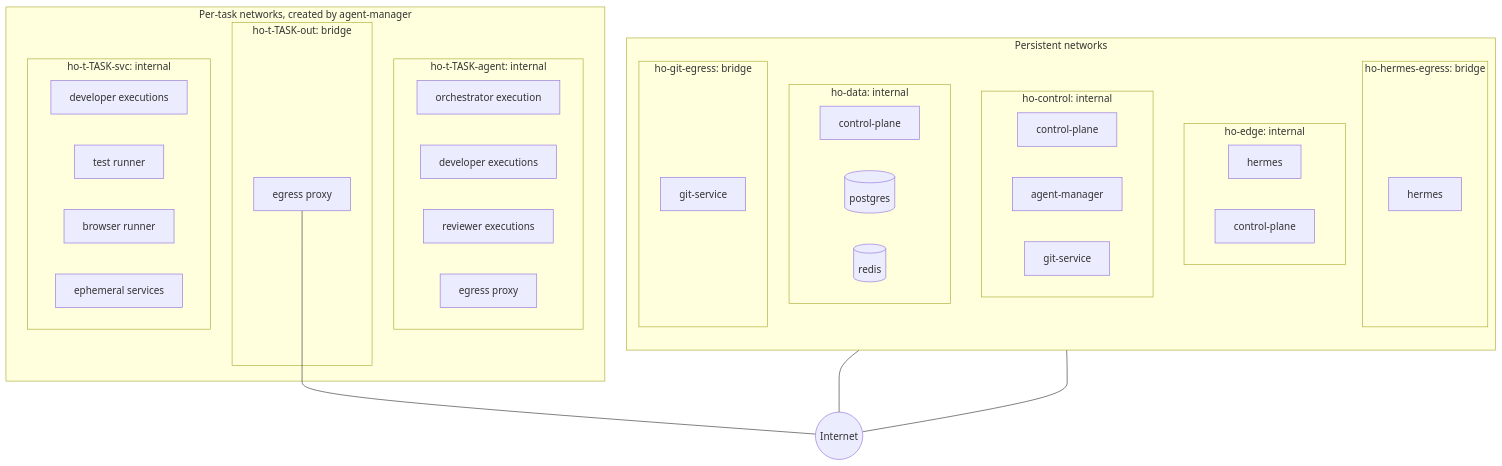
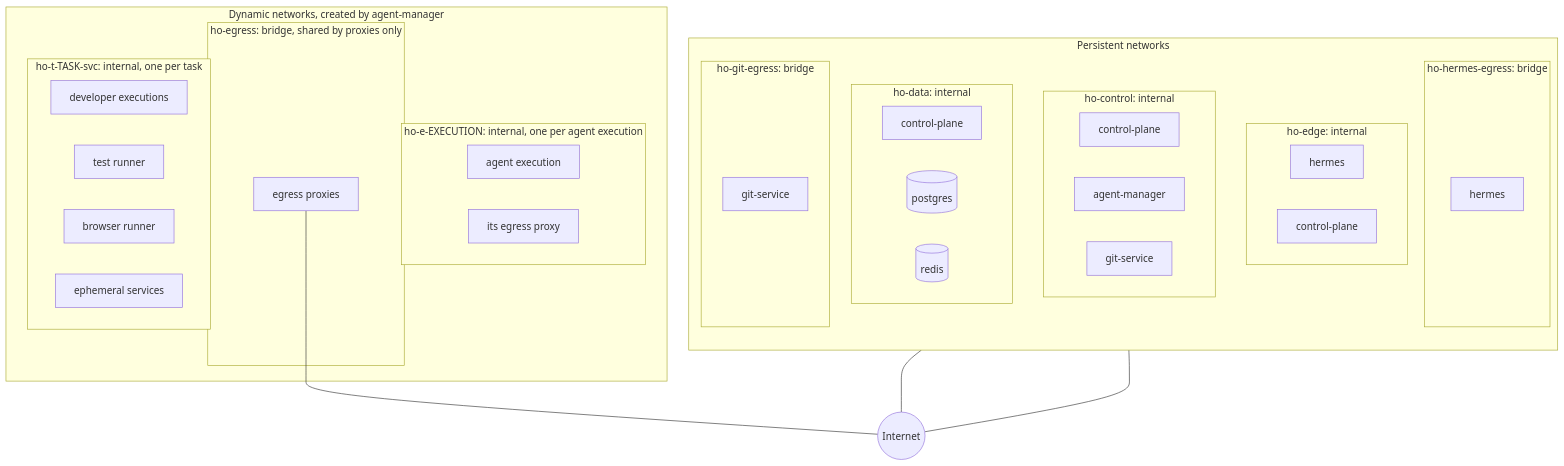
Before and after one commit to geparedesm/hermes-orchestrator: the diagram in NETWORK_MODEL.md, drawn with Mermaid. The commit also changed other lines of this file and 51 other files, not shown here.

First line of the commit message:
[feat] Implement phase three agent manager

````diff
--- a/NETWORK_MODEL.md
+++ b/NETWORK_MODEL.md
@@ -18,47 +18,45 @@
 ```mermaid
 flowchart TB
     INET((Internet))
     subgraph Persistent[Persistent networks]
         direction TB
         subgraph hermes_egress[ho-hermes-egress: bridge]
             H[hermes]
         end
         subgraph edge[ho-edge: internal]
             H2[hermes]
             CP1[control-plane]
         end
         subgraph control[ho-control: internal]
             CP2[control-plane]
             AM[agent-manager]
             GS1[git-service]
         end
         subgraph data[ho-data: internal]
             CP3[control-plane]
             PG[(postgres)]
             RD[(redis)]
         end
         subgraph git_egress[ho-git-egress: bridge]
             GS2[git-service]
         end
     end
-    subgraph Task[Per-task networks, created by agent-manager]
-        subgraph agent[ho-t-TASK-agent: internal]
-            OR[orchestrator execution]
-            DEV[developer executions]
-            REV[reviewer executions]
-            PX1[egress proxy]
+    subgraph Dynamic[Dynamic networks, created by agent-manager]
+        subgraph agent[ho-e-EXECUTION: internal, one per agent execution]
+            DEV[agent execution]
+            PX1[its egress proxy]
         end
-        subgraph proxy_out[ho-t-TASK-out: bridge]
-            PX2[egress proxy]
+        subgraph proxy_out[ho-egress: bridge, shared by proxies only]
+            PX2[egress proxies]
         end
-        subgraph svc[ho-t-TASK-svc: internal]
+        subgraph svc[ho-t-TASK-svc: internal, one per task]
             DEV2[developer executions]
             TR[test runner]
             BR[browser runner]
             ES[ephemeral services]
         end
     end
     H --- INET
     GS2 --- INET
     PX2 --- INET
 ```
````
